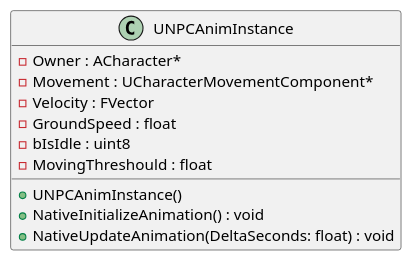
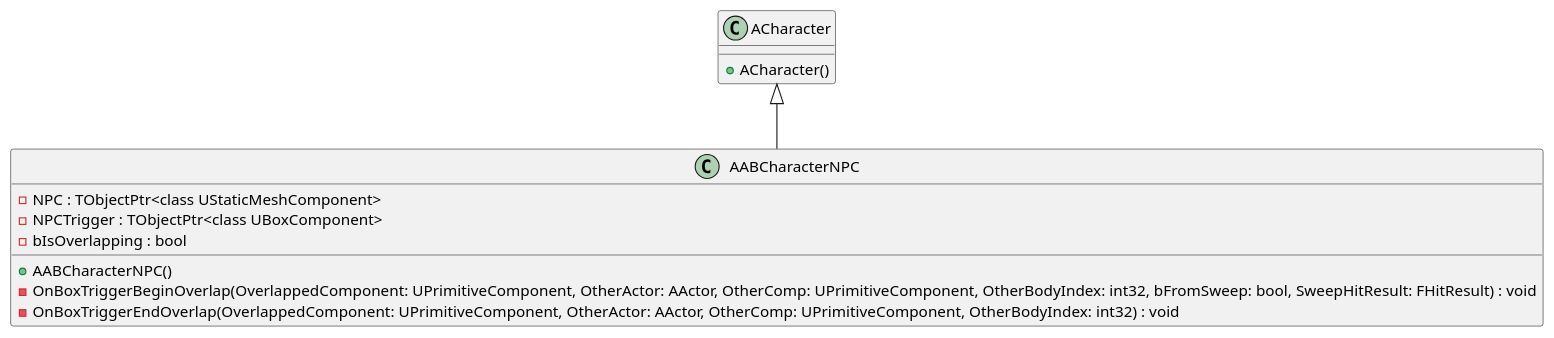
The diagram in InfiniteAbyss/Source/NPC.puml (sdj3701/Infinite-Abyss), drawn with PlantUML before and after one commit. The commit also changed 25 other files, not shown here.

Commit message:
Feat : UML 갱신

```diff
--- a/InfiniteAbyss/Source/NPC.puml
+++ b/InfiniteAbyss/Source/NPC.puml
@@ -1,15 +1,19 @@
 @startuml
 
-class UNPCAnimInstance {
-    + UNPCAnimInstance()
-    + NativeInitializeAnimation() : void
-    + NativeUpdateAnimation(DeltaSeconds: float) : void
-    - Owner : ACharacter*
-    - Movement : UCharacterMovementComponent*
-    - Velocity : FVector
-    - GroundSpeed : float
-    - bIsIdle : uint8
-    - MovingThreshould : float
+class AABCharacterNPC {
+    + AABCharacterNPC()
+    - NPC : TObjectPtr<class UStaticMeshComponent>
+    - NPCTrigger : TObjectPtr<class UBoxComponent>
+    - bIsOverlapping : bool
+    - OnBoxTriggerBeginOverlap(OverlappedComponent: UPrimitiveComponent, OtherActor: AActor, OtherComp: UPrimitiveComponent, OtherBodyIndex: int32, bFromSweep: bool, SweepHitResult: FHitResult) : void
+    - OnBoxTriggerEndOverlap(OverlappedComponent: UPrimitiveComponent, OtherActor: AActor, OtherComp: UPrimitiveComponent, OtherBodyIndex: int32) : void
 }
 
+class ACharacter {
+    + ACharacter()
+}
+
+
+AABCharacterNPC -up-|> ACharacter
+
 @enduml
```
